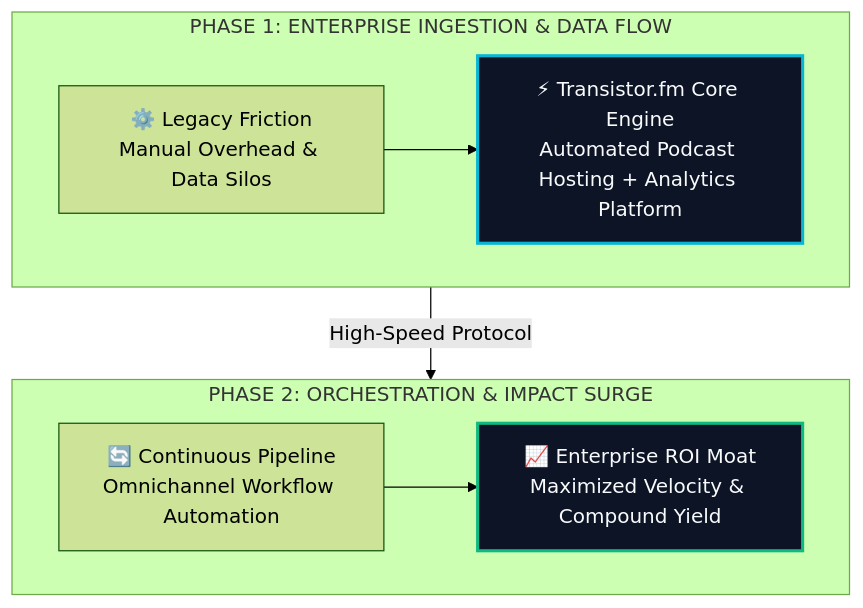
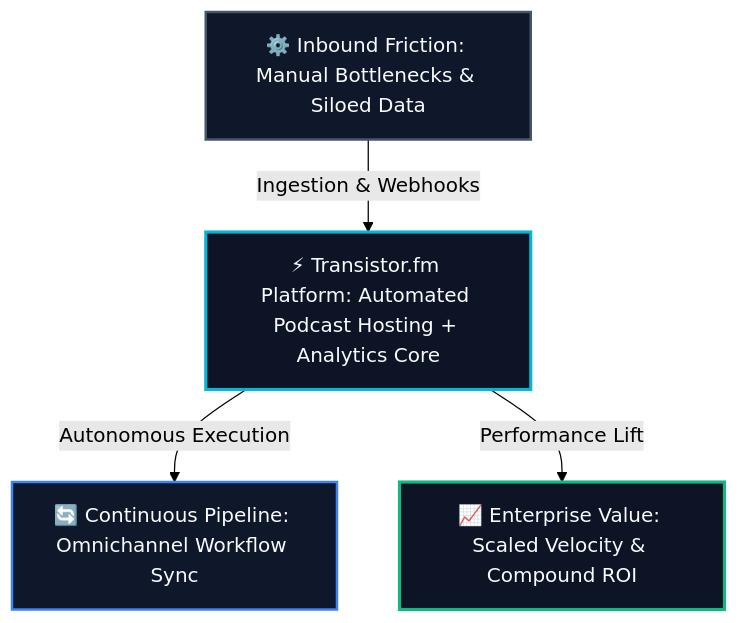
The diagram in site/src/content/blog/transistor-fm.md (heliatech-media/saas-radar), drawn with Mermaid (forest theme) before and after one commit. The commit also changed 93 other files, not shown here.

First line of the commit message:
fix(diagrams): resolve dagre-d3 subgraph collision by migrating to balanced 3-tier Hub & Spoke architecture

````diff
--- a/site/src/content/blog/transistor-fm.md
+++ b/site/src/content/blog/transistor-fm.md
@@ -64,14 +64,14 @@
 ```mermaid
 flowchart TD
-    subgraph S1["PHASE 1: ENTERPRISE INGESTION & DATA FLOW"]
-        direction LR
-        A["⚙️ Legacy Friction<br/>Manual Overhead & Data Silos"] --> B["⚡ Transistor.fm Core Engine<br/>Automated Podcast Hosting + Analytics Platform"]
-    end
-    subgraph S2["PHASE 2: ORCHESTRATION & IMPACT SURGE"]
-        direction LR
-        C["🔄 Continuous Pipeline<br/>Omnichannel Workflow Automation"] --> D["📈 Enterprise ROI Moat<br/>Maximized Velocity & Compound Yield"]
-    end
-    S1 -->|High-Speed Protocol| S2
-    style B fill:#0c1425,stroke:#06b6d4,stroke-width:2.5px,color:#f8fafc
-    style D fill:#0c1425,stroke:#10b981,stroke-width:2.5px,color:#f8fafc
+    Inp["⚙️ Inbound Friction: Manual Bottlenecks & Siloed Data"]
+    Eng["⚡ Transistor.fm Platform: Automated Podcast Hosting + Analytics Core"]
+    Out1["🔄 Continuous Pipeline: Omnichannel Workflow Sync"]
+    Out2["📈 Enterprise Value: Scaled Velocity & Compound ROI"]
+    Inp -->|Ingestion & Webhooks| Eng
+    Eng -->|Autonomous Execution| Out1
+    Eng -->|Performance Lift| Out2
+    style Inp fill:#0f172a,stroke:#475569,stroke-width:2px,color:#f8fafc
+    style Eng fill:#0c1425,stroke:#06b6d4,stroke-width:2.5px,color:#f8fafc
+    style Out1 fill:#0f172a,stroke:#3b82f6,stroke-width:2px,color:#f8fafc
+    style Out2 fill:#0c1425,stroke:#10b981,stroke-width:2.5px,color:#f8fafc
 ```
````
